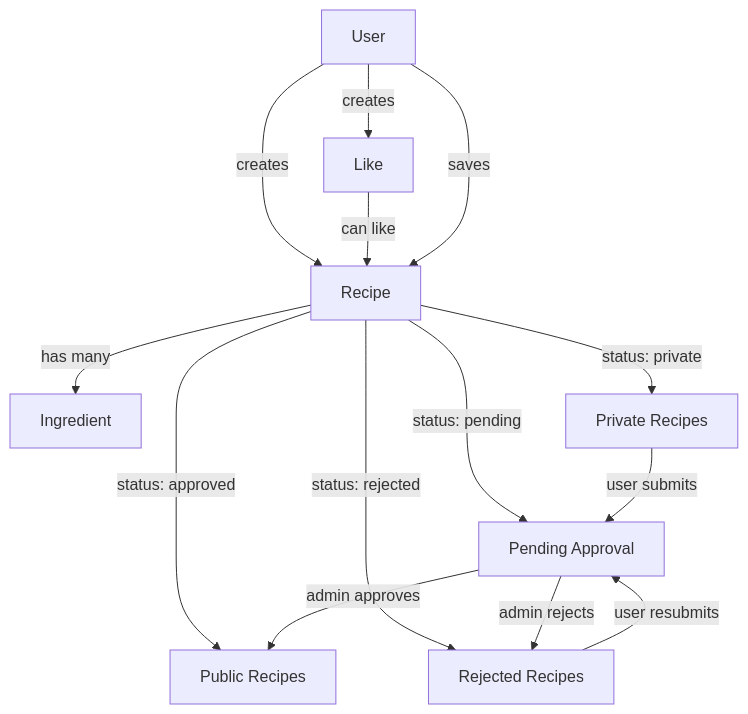
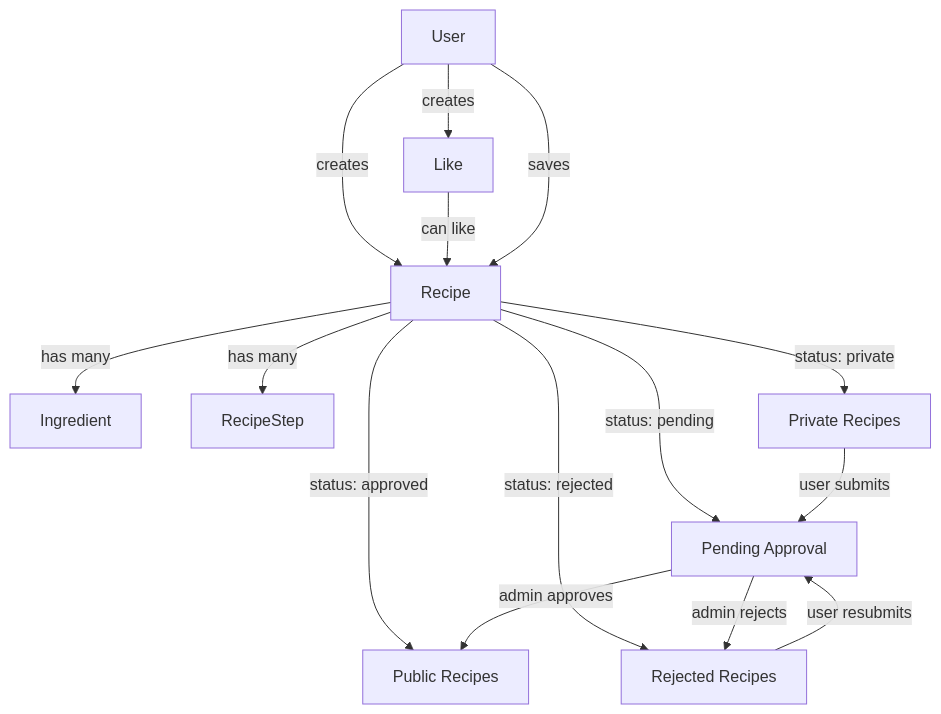
One commit to AirMile/getcooked changed the second of 4 diagrams in docs/architecture.md. Above: the diagram before and after it, drawn with Mermaid. The commit also changed other lines of this file and 11 other files, not shown here.

````diff
--- a/docs/architecture.md
+++ b/docs/architecture.md
@@ -148,18 +164,19 @@
 ```mermaid
 graph TD
     A[User] -->|creates| B[Recipe]
     B -->|has many| C[Ingredient]
+    B -->|has many| I[RecipeStep]
     A -->|creates| D[Like]
     D -->|can like| B
     A -->|saves| B
 
     B -->|status: private| E[Private Recipes]
     B -->|status: pending| F[Pending Approval]
     B -->|status: approved| G[Public Recipes]
     B -->|status: rejected| H[Rejected Recipes]
 
     F -->|admin approves| G
     F -->|admin rejects| H
     E -->|user submits| F
     H -->|user resubmits| F
 ```
````
